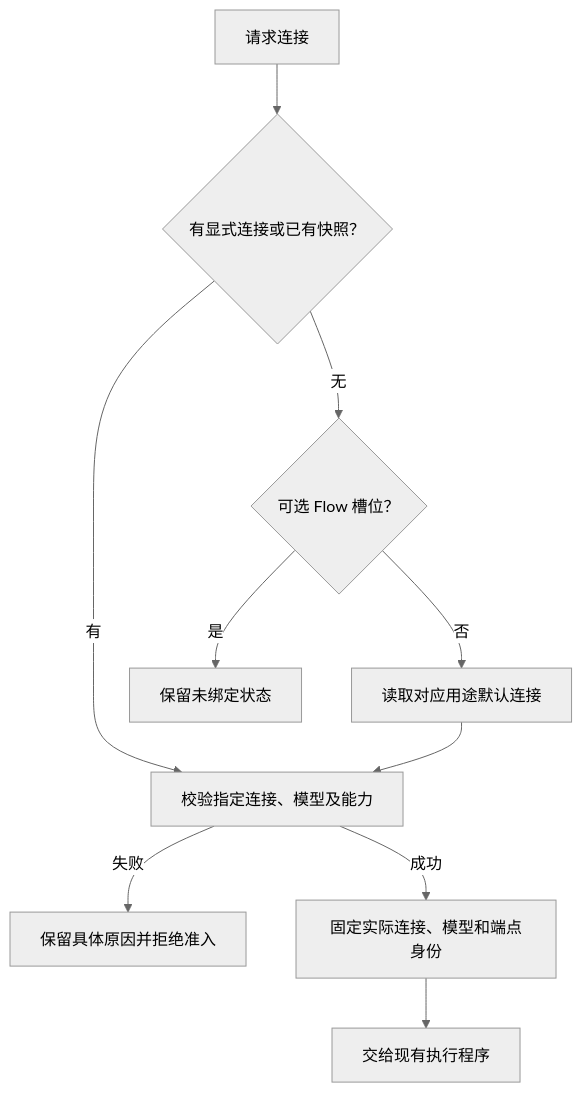
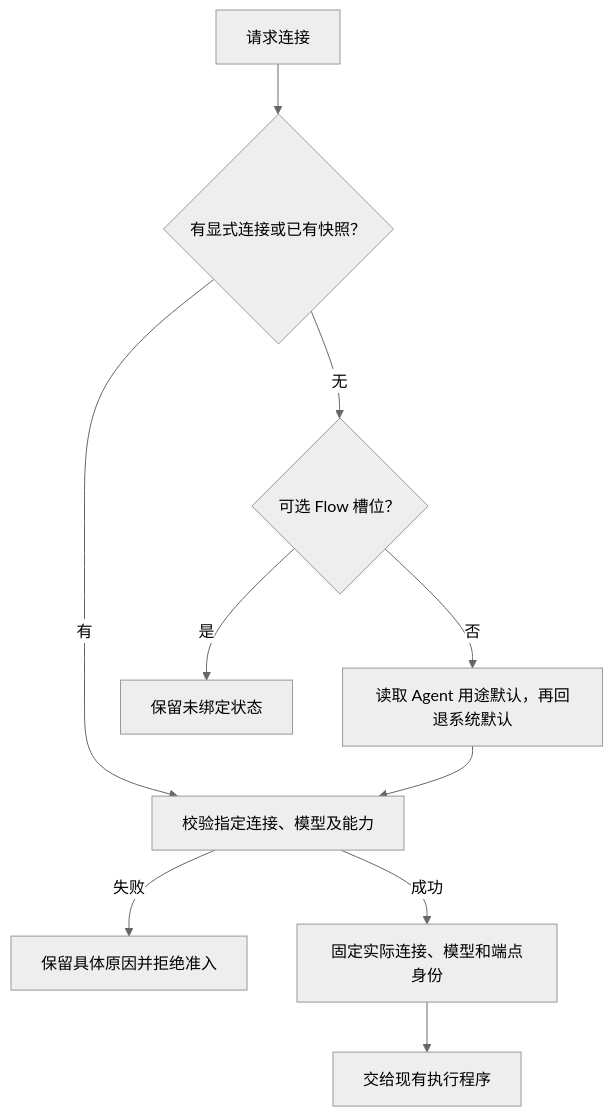
Before and after one commit to mushuanli/NestOS: the second of 2 diagrams in doc/design/model-purpose-defaults.md, drawn with Mermaid (neutral theme). The commit also changed other lines of this file and 90 other files, not shown here.

````diff
--- a/doc/design/model-purpose-defaults.md
+++ b/doc/design/model-purpose-defaults.md
@@ -43,12 +45,12 @@
 ```mermaid
 flowchart TD
     A[请求连接] --> B{有显式连接或已有快照？}
     B -->|有| C[校验指定连接、模型及能力]
     B -->|无| D{可选 Flow 槽位？}
     D -->|是| E[保留未绑定状态]
-    D -->|否| F[读取对应用途默认连接]
+    D -->|否| F[读取 Agent 用途默认，再回退系统默认]
     F --> C
     C -->|失败| G[保留具体原因并拒绝准入]
     C -->|成功| H[固定实际连接、模型和端点身份]
     H --> I[交给现有执行程序]
 ```
````
